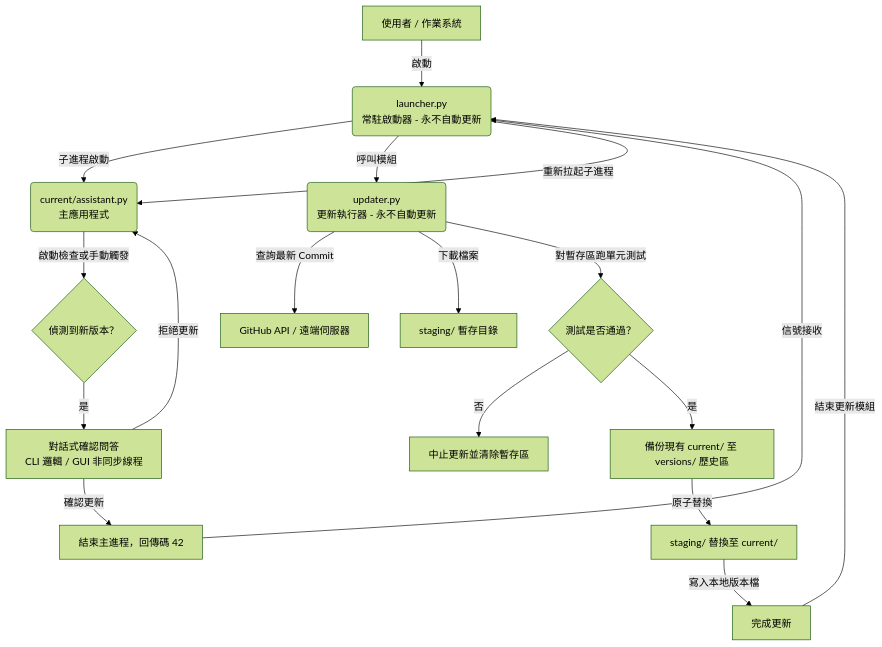
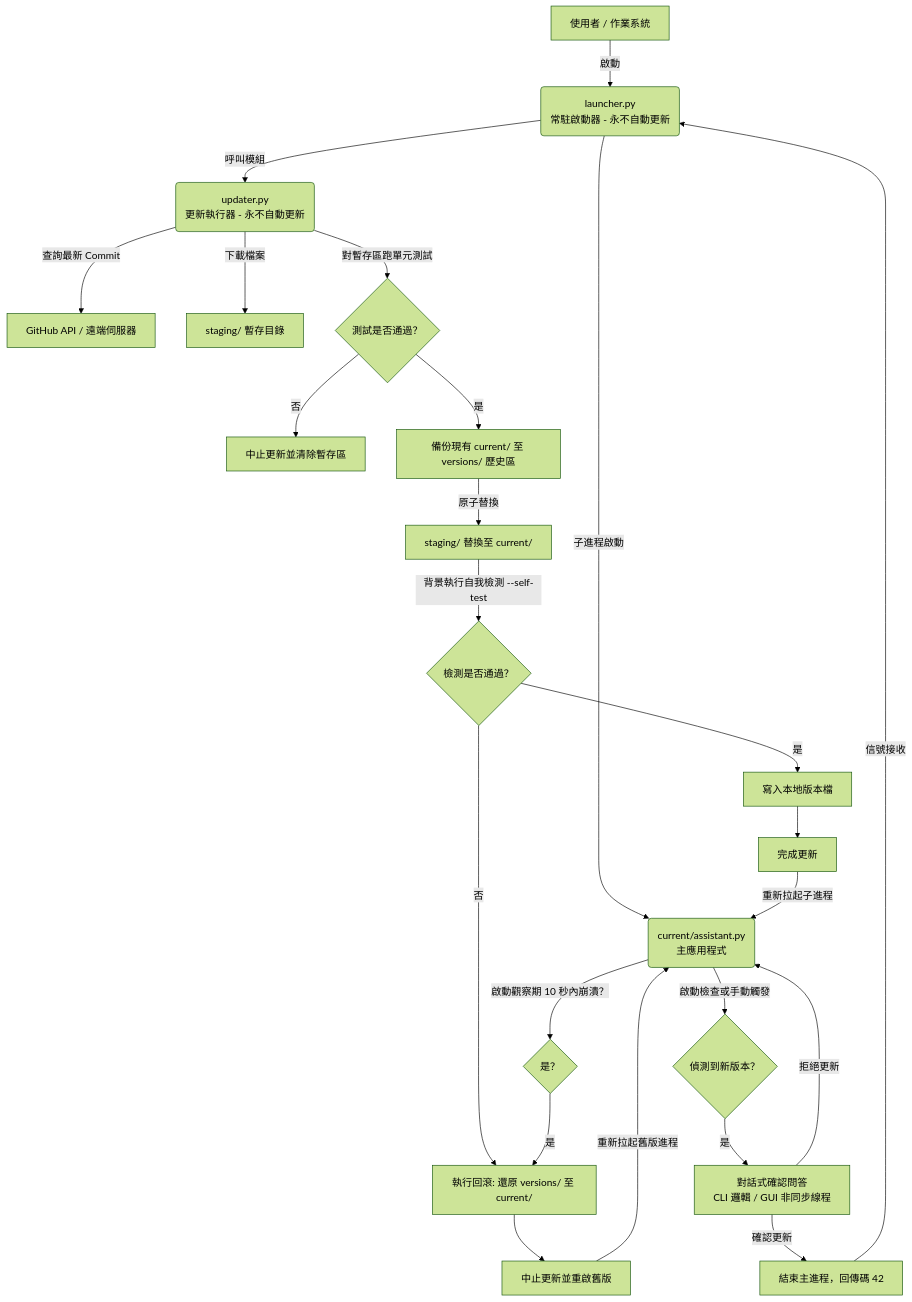
Before and after one commit to zohanlin2-ai/AI-coding-only: the diagram in Ann/update_flow_architecture.md, drawn with Mermaid (forest theme). The commit also changed other lines of this file and 5 other files, not shown here.

Commit message:
feat(update): implement update self-test and automatic rollback (fail-safe) mechanism

````diff
--- a/Ann/update_flow_architecture.md
+++ b/Ann/update_flow_architecture.md
@@ -11,20 +11,26 @@
 ```mermaid
 graph TD
     A[使用者 / 作業系統] -->|啟動| B(launcher.py <br>常駐啟動器 - 永不自動更新)
     B -->|子進程啟動| C(current/assistant.py <br>主應用程式)
     C -->|啟動檢查或手動觸發| D{偵測到新版本？}
     D -->|是| E[對話式確認問答 <br>CLI 邏輯 / GUI 非同步線程]
     E -->|拒絕更新| C
     E -->|確認更新| F[結束主進程，回傳碼 42]
     F -->|信號接收| B
     B -->|呼叫模組| G(updater.py <br>更新執行器 - 永不自動更新)
     G -->|查詢最新 Commit| H[GitHub API / 遠端伺服器]
     G -->|下載檔案| I[staging/ 暫存目錄]
     G -->|對暫存區跑單元測試| J{測試是否通過？}
     J -->|否| K[中止更新並清除暫存區]
     J -->|是| L[備份現有 current/ 至 versions/ 歷史區]
     L -->|原子替換| M[staging/ 替換至 current/]
-    M -->|寫入本地版本檔| N[完成更新]
-    N -->|結束更新模組| B
-    B -->|重新拉起子進程| C
+    M -->|背景執行自我檢測 --self-test| O{檢測是否通過？}
+    O -->|否| P[執行回滾: 還原 versions/ 至 current/]
+    P --> N1[中止更新並重啟舊版]
+    O -->|是| Q[寫入本地版本檔]
+    Q --> N[完成更新]
+    N -->|重新拉起子進程| C
+    N1 -->|重新拉起舊版進程| C
+    C -->|啟動觀察期 10 秒內崩潰？| R{是？}
+    R -->|是| P
 ```
````
